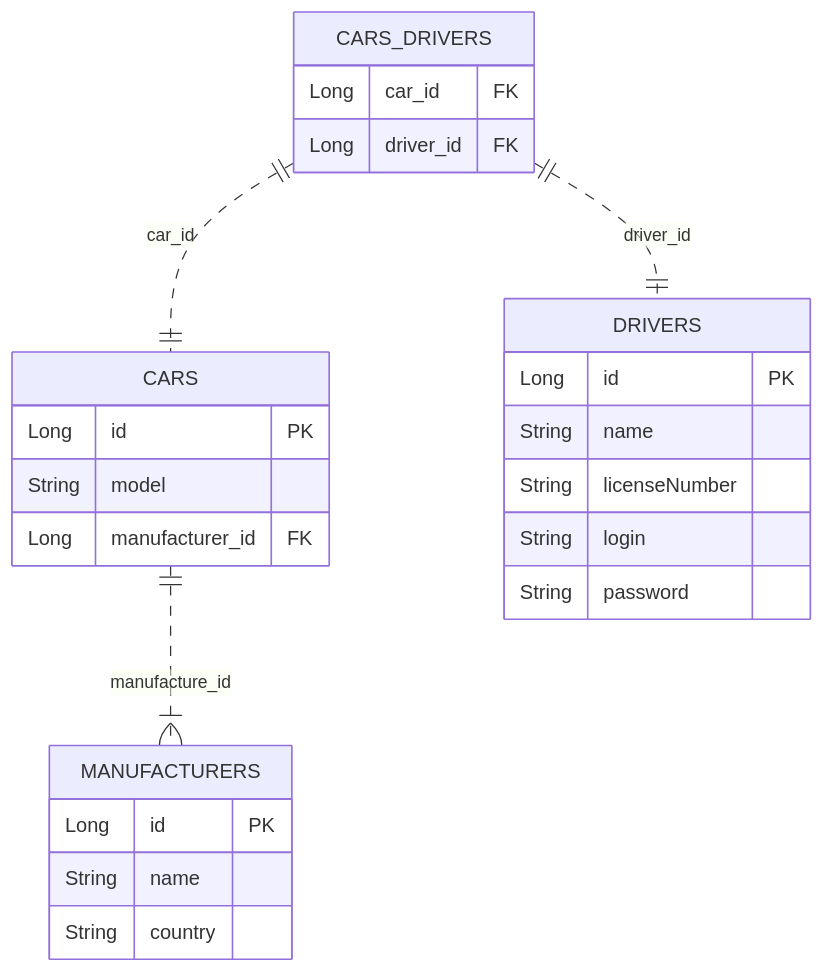
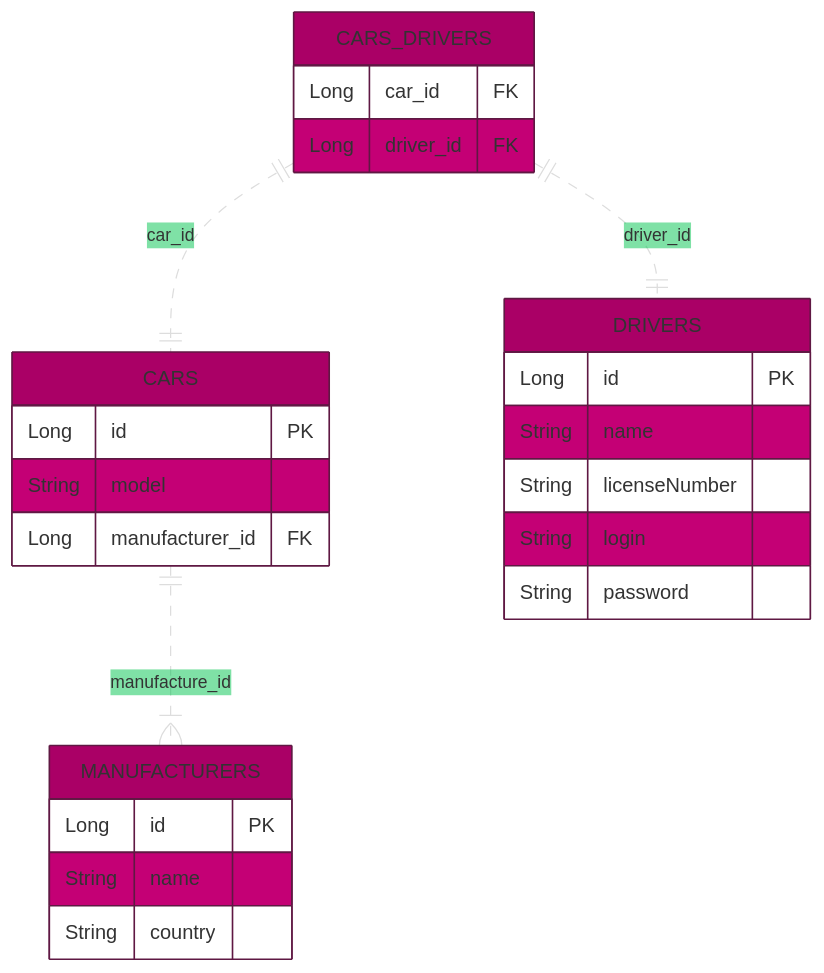
The second of 2 diagrams in README.md (Oleksii-Mospan/Car-n-Driver), drawn with Mermaid before and after one commit. The commit also changed other lines of this file, not shown here.

````diff
--- a/README.md
+++ b/README.md
@@ -93,32 +154,38 @@
 ```mermaid
+%%{init: {'theme': 'base', 
+    'themeVariables': { 'primaryColor': '#aa0066',
+                        'background': '#ff0000',
+                        'textColor': '#000000',
+                        'noteTextColor': '#ffffff',
+                        'lineColor': '#dddddd'}}}%%
     erDiagram
         CARS { 
                 Long id PK
                 String model
                 Long manufacturer_id FK
             }
             
         DRIVERS { 
                 Long id PK
                 String name
                 String licenseNumber
                 String login
                 String password
             }
             
         MANUFACTURERS { 
                 Long id PK
                 String name
                 String country
             }
             
         CARS_DRIVERS {
                 Long car_id FK
                 Long driver_id FK
             }
             
        CARS ||..|{ MANUFACTURERS : manufacture_id
        CARS_DRIVERS ||..|| CARS : car_id
        CARS_DRIVERS ||..|| DRIVERS : driver_id
        
 ```
````
